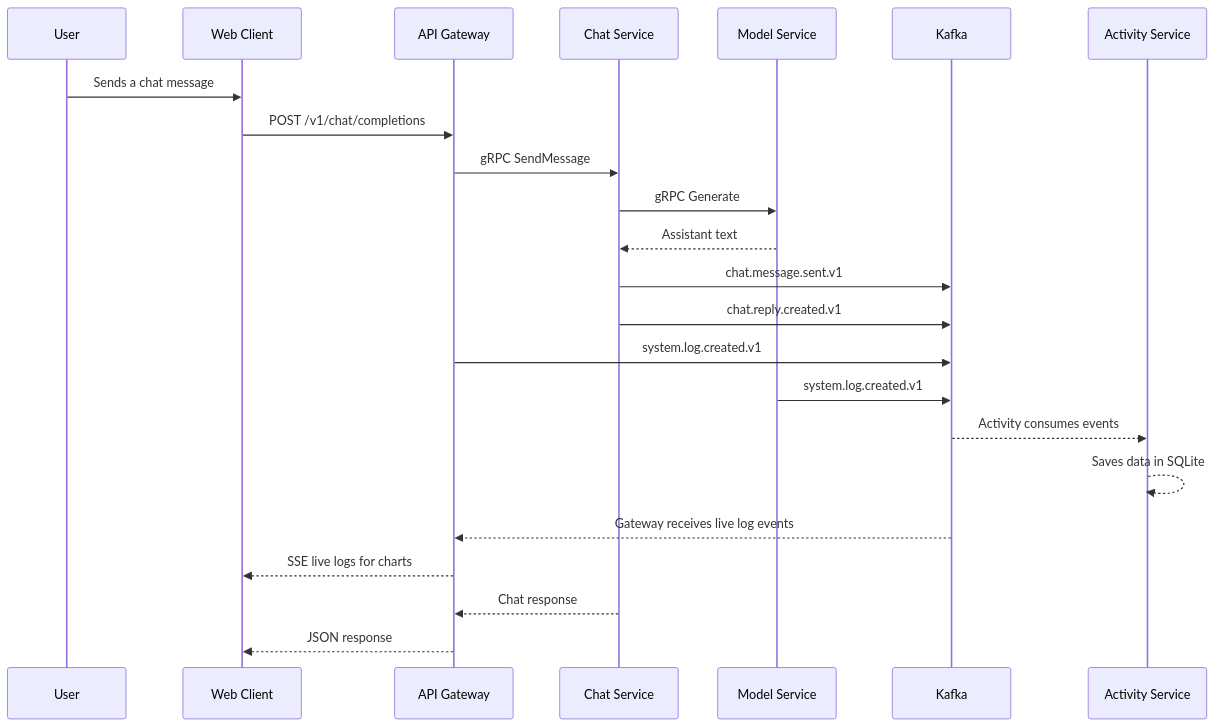
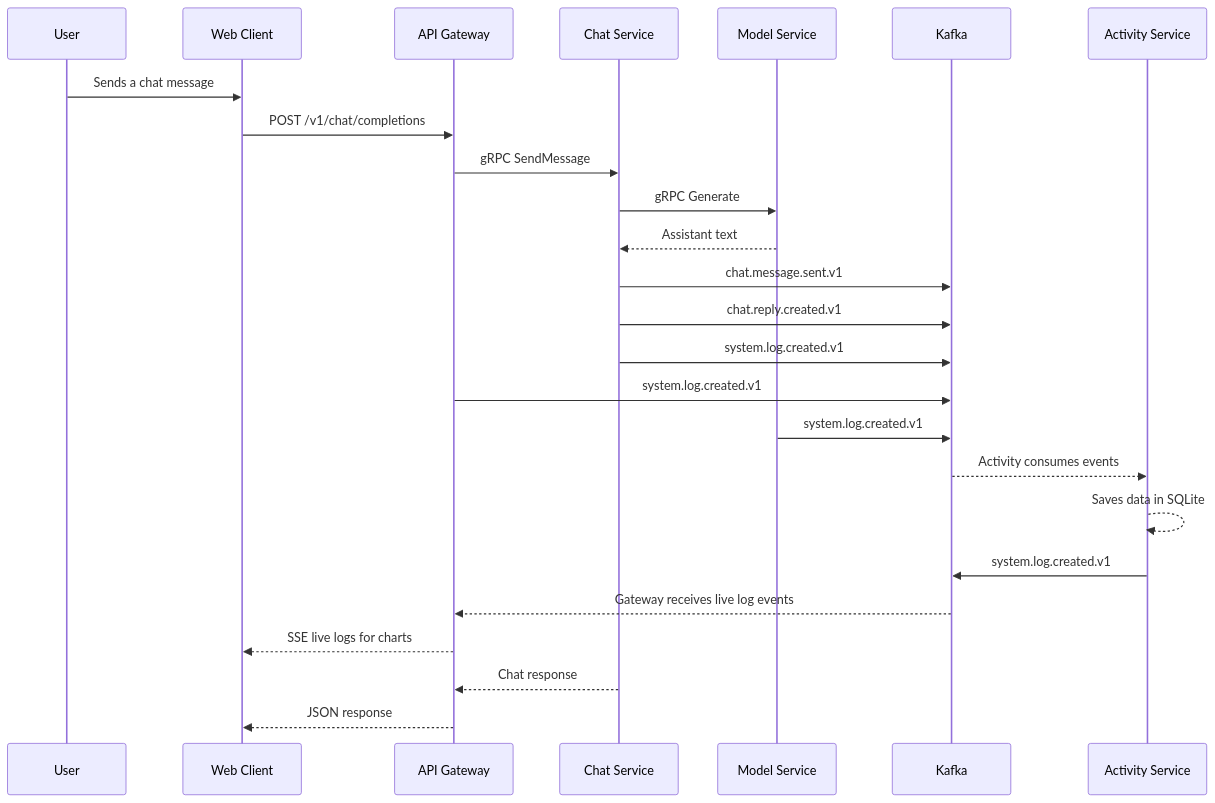
One commit to Luna-SOA/Luna changed the eighth of 8 diagrams in README.md. Above: the diagram before and after it, drawn with Mermaid. The commit also changed other lines of this file and 14 other files, not shown here.

Commit message:
fix event flow reliability and railway deployment

````diff
--- a/README.md
+++ b/README.md
@@ -163,26 +180,28 @@
 ```mermaid
 sequenceDiagram
   participant U as User
   participant W as Web Client
   participant G as API Gateway
   participant C as Chat Service
   participant M as Model Service
   participant K as Kafka
   participant A as Activity Service
 
   U->>W: Sends a chat message
   W->>G: POST /v1/chat/completions
   G->>C: gRPC SendMessage
   C->>M: gRPC Generate
   M-->>C: Assistant text
   C->>K: chat.message.sent.v1
   C->>K: chat.reply.created.v1
+  C->>K: system.log.created.v1
   G->>K: system.log.created.v1
   M->>K: system.log.created.v1
   K-->>A: Activity consumes events
   A-->>A: Saves data in SQLite
+  A->>K: system.log.created.v1
   K-->>G: Gateway receives live log events
   G-->>W: SSE live logs for charts
   C-->>G: Chat response
   G-->>W: JSON response
 ```
````
